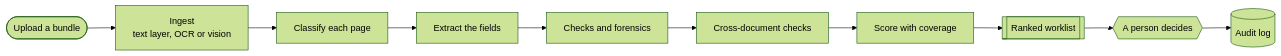
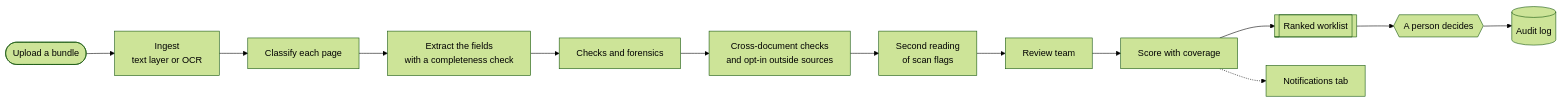
One commit to yekaiwu/fraud-desk changed the diagram in README.md. Above: the diagram before and after it, drawn with Mermaid (forest theme). The commit also changed other lines of this file, not shown here.

Commit message:
README: encryption at rest, in-house option and private mode, red team, current results with verdicts, completeness and second reading in how it works, updated limits

````diff
--- a/README.md
+++ b/README.md
@@ -84,12 +87,15 @@
 ```mermaid
 flowchart LR
-  A([Upload a bundle]) --> B[Ingest<br/>text layer, OCR or vision]
+  A([Upload a bundle]) --> B[Ingest<br/>text layer or OCR]
   B --> C[Classify each page]
-  C --> D[Extract the fields]
+  C --> D[Extract the fields<br/>with a completeness check]
   D --> E[Checks and forensics]
-  E --> F[Cross-document checks]
-  F --> G[Score with coverage]
+  E --> F[Cross-document checks<br/>and opt-in outside sources]
+  F --> K[Second reading<br/>of scan flags]
+  K --> R[Review team]
+  R --> G[Score with coverage]
   G --> H[[Ranked worklist]]
   H --> I{{A person decides}}
   I --> J[(Audit log)]
+  G -.-> N[Notifications tab]
 ```
````
